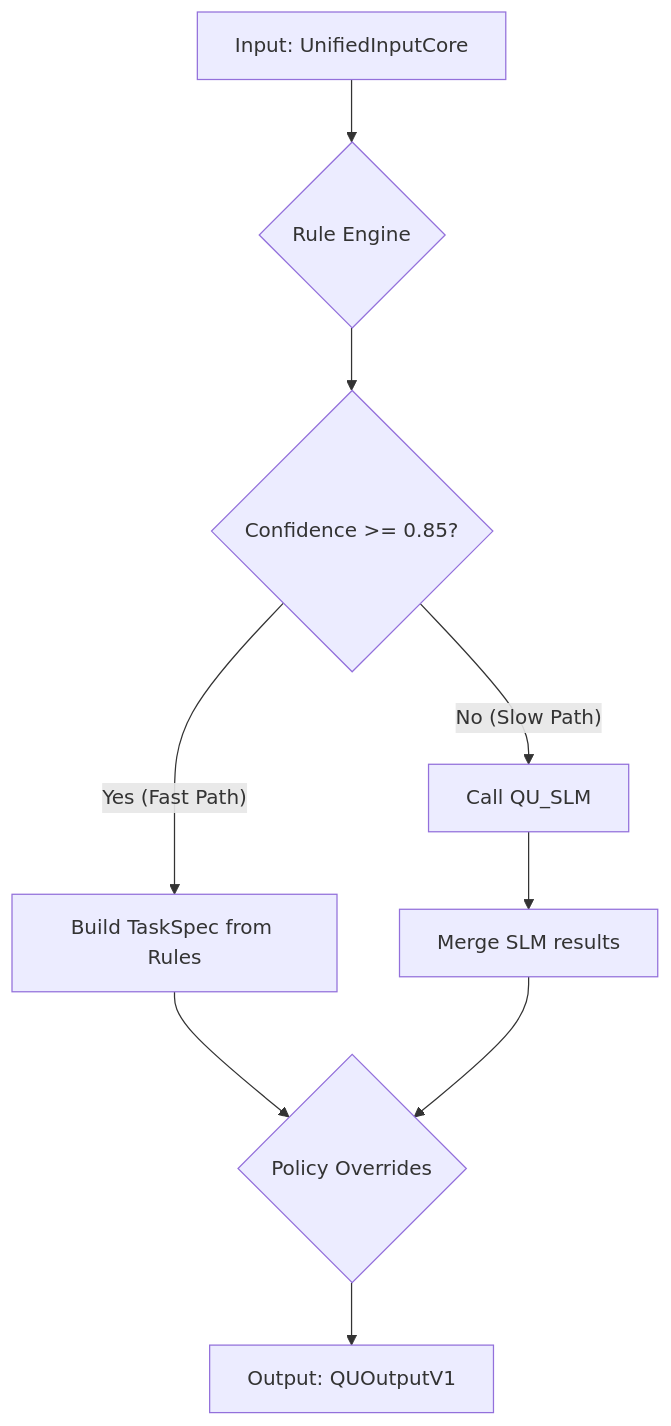
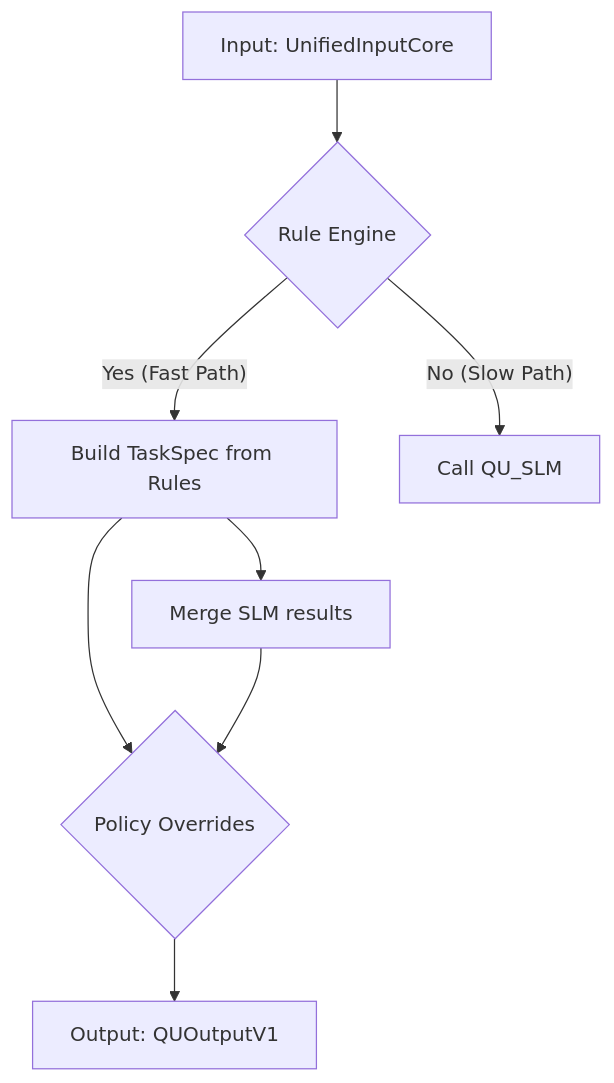
Before and after one commit to DoanNgocCuong/working: the first of 3 diagrams in BUSINESS/1_PRODUCT/4_FinAI/Technical/2.3 STAGE 2 - v2 Đoàn Cường.md, drawn with Mermaid. The commit also changed other lines of this file and 10 other files, not shown here.

````diff
--- a/BUSINESS/1_PRODUCT/4_FinAI/Technical/2.3 STAGE 2 - v2 Đoàn Cường.md
+++ b/BUSINESS/1_PRODUCT/4_FinAI/Technical/2.3 STAGE 2 - v2 Đoàn Cường.md
@@ -164,11 +164,10 @@
 ```mermaid
 graph TD
     A[Input: UnifiedInputCore] --> B{Rule Engine};
-    B --> C{Confidence >= 0.85?};
-    C -- Yes (Fast Path) --> D[Build TaskSpec from Rules];
-    C -- No (Slow Path) --> E[Call QU_SLM];
-    E --> F[Merge SLM results];
-    D --> G{Policy Overrides};
+    B -- Yes (Fast Path) --> C[Build TaskSpec from Rules];
+    B -- No (Slow Path) --> D[Call QU_SLM];
+    C --> F[Merge SLM results];
+    C --> G{Policy Overrides};
     F --> G;
     G --> H[Output: QUOutputV1];
 ```
````
